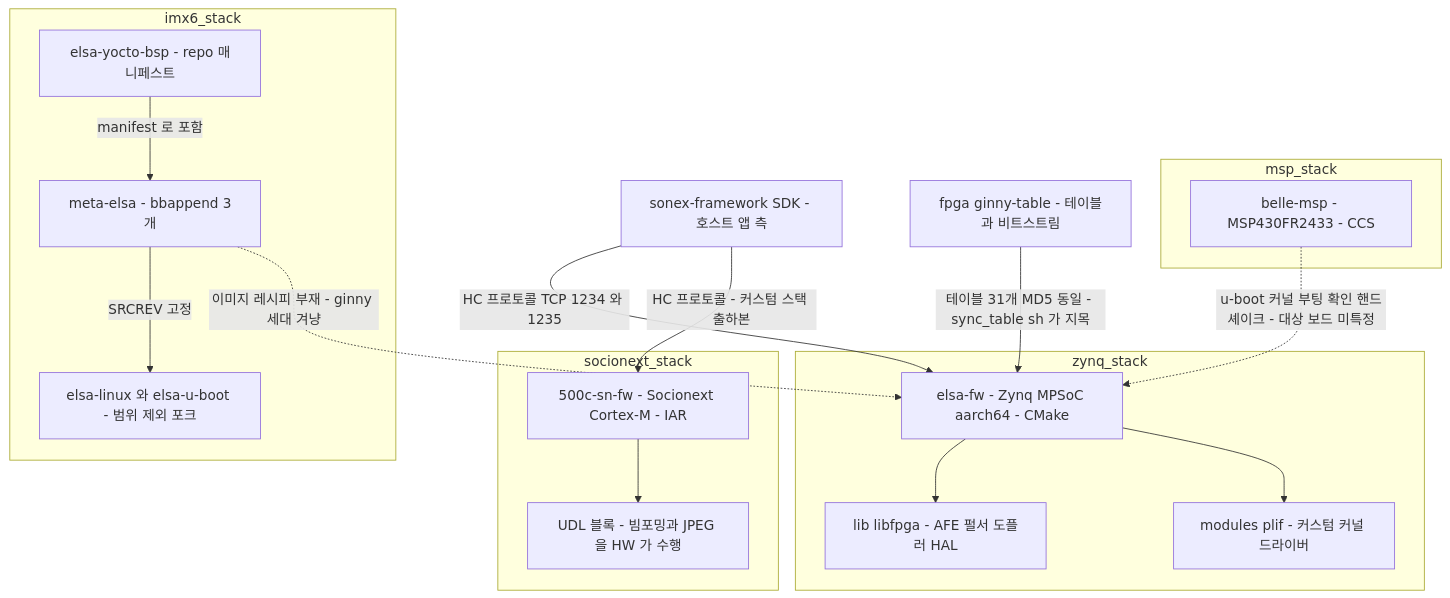
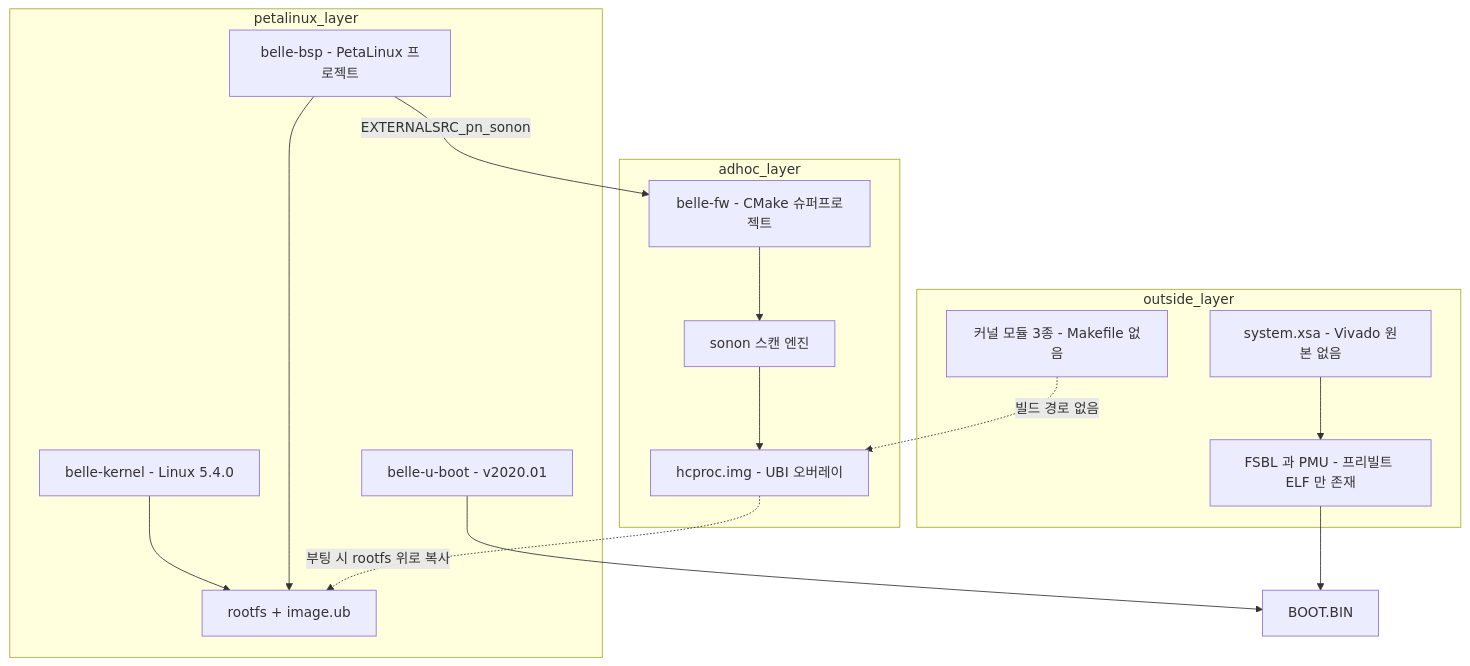
Before and after one commit to beomsikpark/healcerion-platform: the diagram in docs/review/device-firmware.md, drawn with Mermaid. The commit also changed other lines of this file and 15 other files, not shown here.

````diff
--- a/docs/review/device-firmware.md
+++ b/docs/review/device-firmware.md
@@ -21,32 +24,30 @@
 ```mermaid
 flowchart TB
-    subgraph zynq_stack
-        efw[elsa-fw - Zynq MPSoC aarch64 - CMake]
-        eplif[modules plif - 커스텀 커널 드라이버]
-        elib[lib libfpga - AFE 펄서 도플러 HAL]
+    subgraph petalinux_layer
+        bsp[belle-bsp - PetaLinux 프로젝트]
+        krn[belle-kernel - Linux 5.4.0]
+        ub[belle-u-boot - v2020.01]
+        rootfs[rootfs + image.ub]
     end
-    subgraph socionext_stack
-        c500[500c-sn-fw - Socionext Cortex-M - IAR]
-        cudl[UDL 블록 - 빔포밍과 JPEG 을 HW 가 수행]
+    subgraph adhoc_layer
+        fw[belle-fw - CMake 슈퍼프로젝트]
+        sonon[sonon 스캔 엔진]
+        hcproc[hcproc.img - UBI 오버레이]
     end
-    subgraph msp_stack
-        bmsp[belle-msp - MSP430FR2433 - CCS]
+    subgraph outside_layer
+        fsbl[FSBL 과 PMU - 프리빌트 ELF 만 존재]
+        xsa[system.xsa - Vivado 원본 없음]
+        ko[커널 모듈 3종 - Makefile 없음]
     end
-    subgraph imx6_stack
-        ybsp[elsa-yocto-bsp - repo 매니페스트]
-        melsa[meta-elsa - bbappend 3개]
-        klin[elsa-linux 와 elsa-u-boot - 범위 제외 포크]
-    end
-    host[sonex-framework SDK - 호스트 앱 측]
-    gt[fpga ginny-table - 테이블과 비트스트림]
-    efw --> elib
-    efw --> eplif
-    c500 --> cudl
-    ybsp -->|manifest 로 포함| melsa
-    melsa -->|SRCREV 고정| klin
-    melsa -.->|이미지 레시피 부재 - ginny 세대 겨냥| efw
-    bmsp -.->|u-boot 커널 부팅 확인 핸드셰이크 - 대상 보드 미특정| efw
-    host -->|HC 프로토콜 TCP 1234 와 1235| efw
-    host -->|HC 프로토콜 - 커스텀 스택 출하본| c500
-    gt -->|테이블 31개 MD5 동일 - sync_table sh 가 지목| efw
+    boot[BOOT.BIN]
+    krn --> rootfs
+    ub --> boot
+    bsp --> rootfs
+    bsp -->|EXTERNALSRC_pn_sonon| fw
+    fw --> sonon
+    sonon --> hcproc
+    fsbl --> boot
+    xsa --> fsbl
+    ko -.->|빌드 경로 없음| hcproc
+    hcproc -.->|부팅 시 rootfs 위로 복사| rootfs
 ```
````
